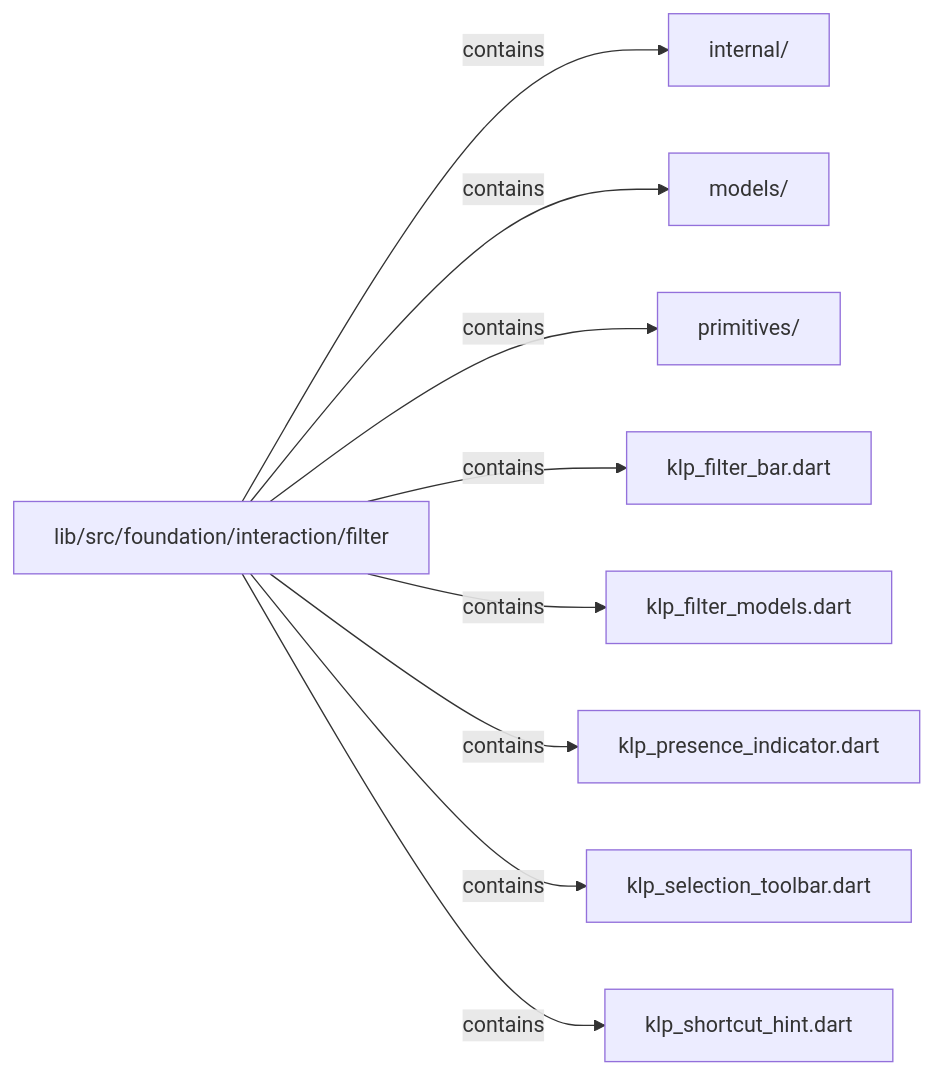
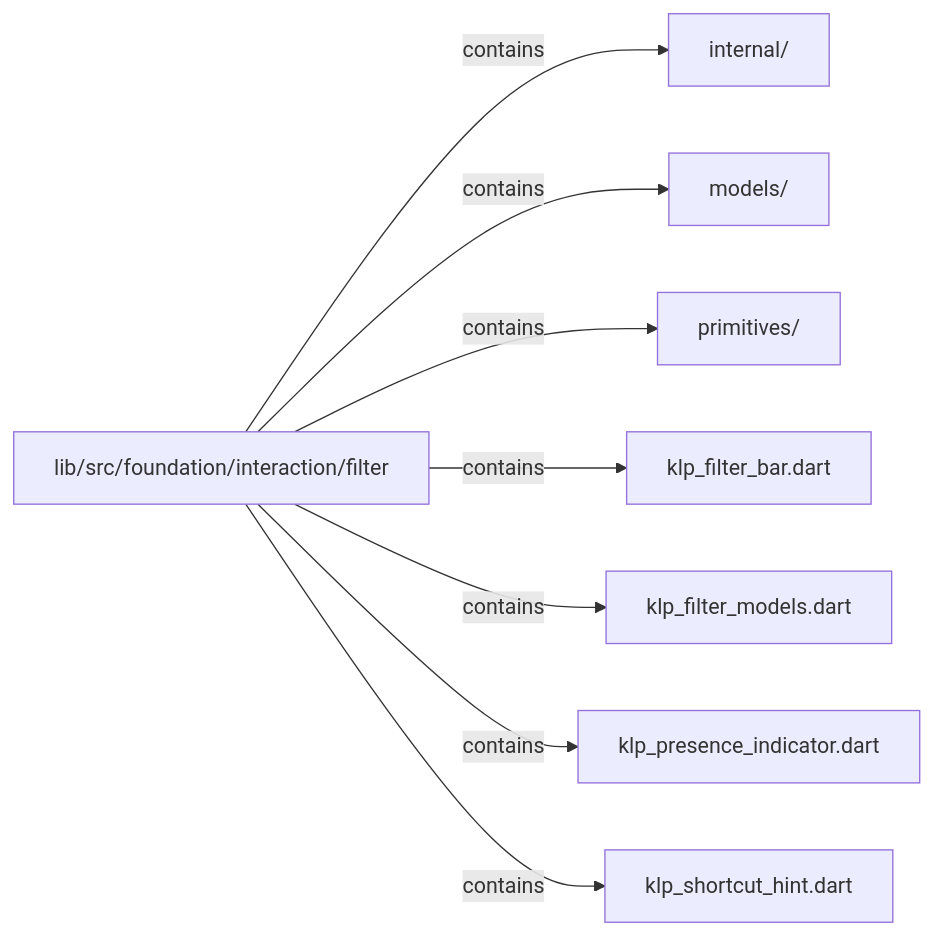
The second of 2 diagrams in docs/architecture/src/foundation/interaction/filter/README.md (MiuDog/Kallopis), drawn with Mermaid before and after one commit. The commit also changed other lines of this file and 9688 other files, not shown here.

Commit message:
Prepare isolated Flow F2 peer baseline

````diff
--- a/docs/architecture/src/foundation/interaction/filter/README.md
+++ b/docs/architecture/src/foundation/interaction/filter/README.md
@@ -67,20 +62,18 @@
 ```mermaid
 flowchart LR
 	n0["lib/src/foundation/interaction/filter"]
 	n1["internal/"]
 	n2["models/"]
 	n3["primitives/"]
 	n4["klp_filter_bar.dart"]
 	n5["klp_filter_models.dart"]
 	n6["klp_presence_indicator.dart"]
-	n7["klp_selection_toolbar.dart"]
-	n8["klp_shortcut_hint.dart"]
+	n7["klp_shortcut_hint.dart"]
 	n0 -->|"contains"| n1
 	n0 -->|"contains"| n2
 	n0 -->|"contains"| n3
 	n0 -->|"contains"| n4
 	n0 -->|"contains"| n5
 	n0 -->|"contains"| n6
 	n0 -->|"contains"| n7
-	n0 -->|"contains"| n8
 ```
````
